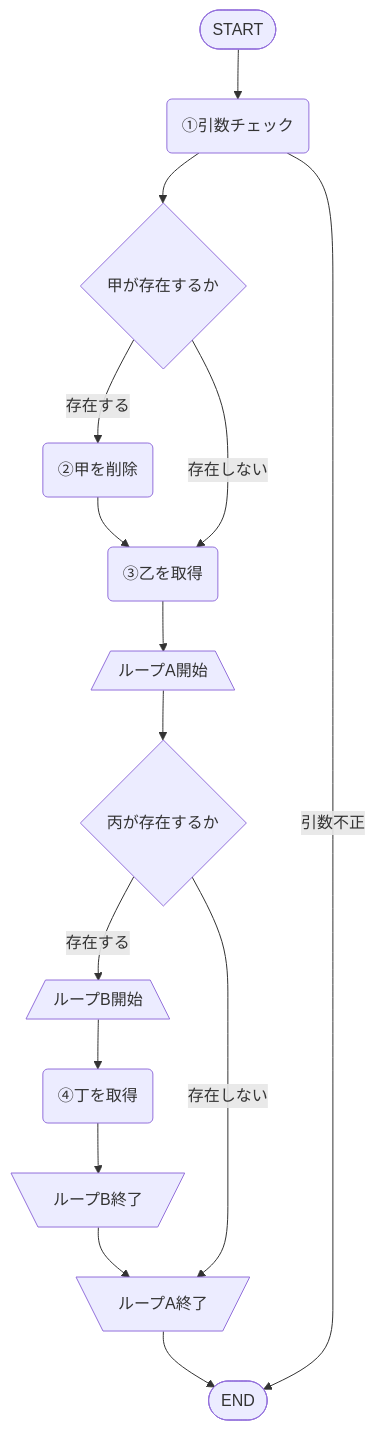
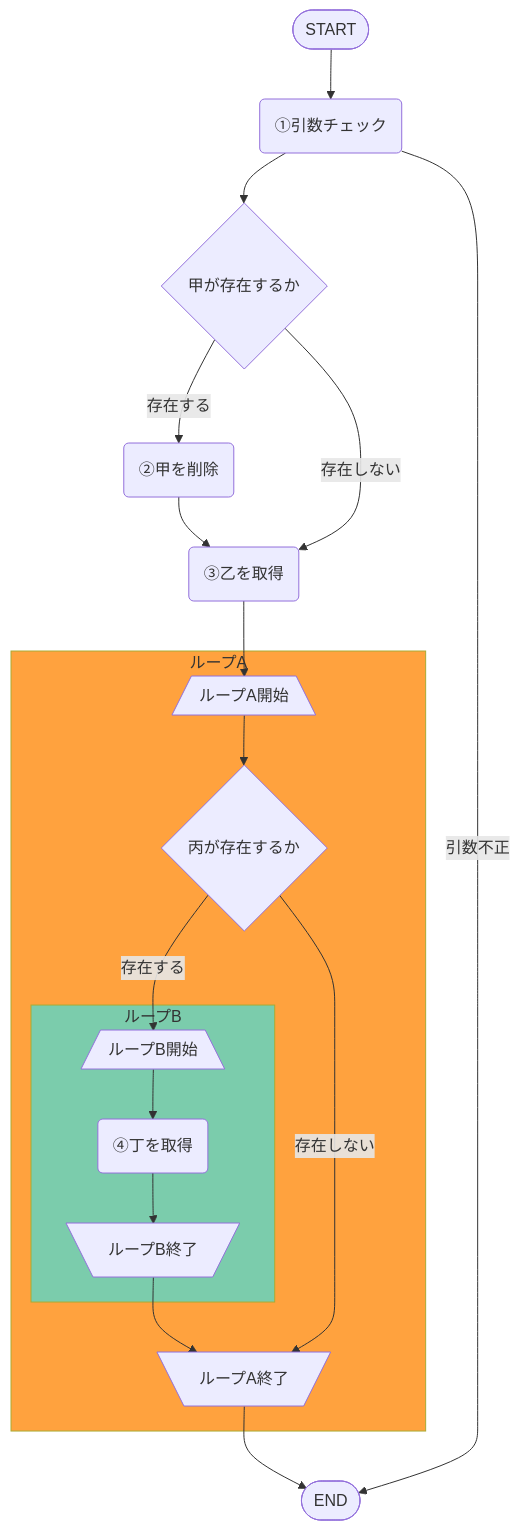
One commit to Kat-S/mermaid_test changed the diagram in フローチャート1.md. Above: the diagram before and after it, drawn with Mermaid.

````diff
--- a/フローチャート1.md
+++ b/フローチャート1.md
@@ -1,30 +1,37 @@
 ```mermaid
 graph TB
   start(["START"])
   node_1("①引数チェック")
   fork_1{"甲が存在するか"}
   node_2("②甲を削除")
   node_3("③乙を取得")
-  loop_1_start[/"ループA開始"\]
-  loop_1_goal[\"ループA終了"/]  
-  fork_2{"丙が存在するか"}
-  loop_2_start[/"ループB開始"\]
-  loop_2_goal[\"ループB終了"/]  
-  node_4("④丁を取得")
+  subgraph loop_1[ループA]
+    loop_1_start[/"ループA開始"\]
+    loop_1_goal[\"ループA終了"/]
+    fork_2{"丙が存在するか"}
+    subgraph loop_2[ループB]
+      loop_2_start[/"ループB開始"\]
+      loop_2_goal[\"ループB終了"/]  
+      node_4("④丁を取得")
+    end
+  end
   goal(["END"])
-    
+
+  style loop_1 fill:#ffa23e
+  style loop_2 fill:#7BCCAC
+
   start --> node_1
   node_1 --> fork_1
   fork_1 --> | 存在する | node_2
   node_2 --> node_3
   fork_1 --> | 存在しない | node_3
   node_3 --> loop_1_start
   loop_1_start --> fork_2
   fork_2 --> | 存在する | loop_2_start
   loop_2_start --> node_4
   node_4 --> loop_2_goal
   loop_2_goal --> loop_1_goal
   fork_2 --> | 存在しない | loop_1_goal
   loop_1_goal --> goal  
   node_1 --> | 引数不正 | goal
 ```
````
